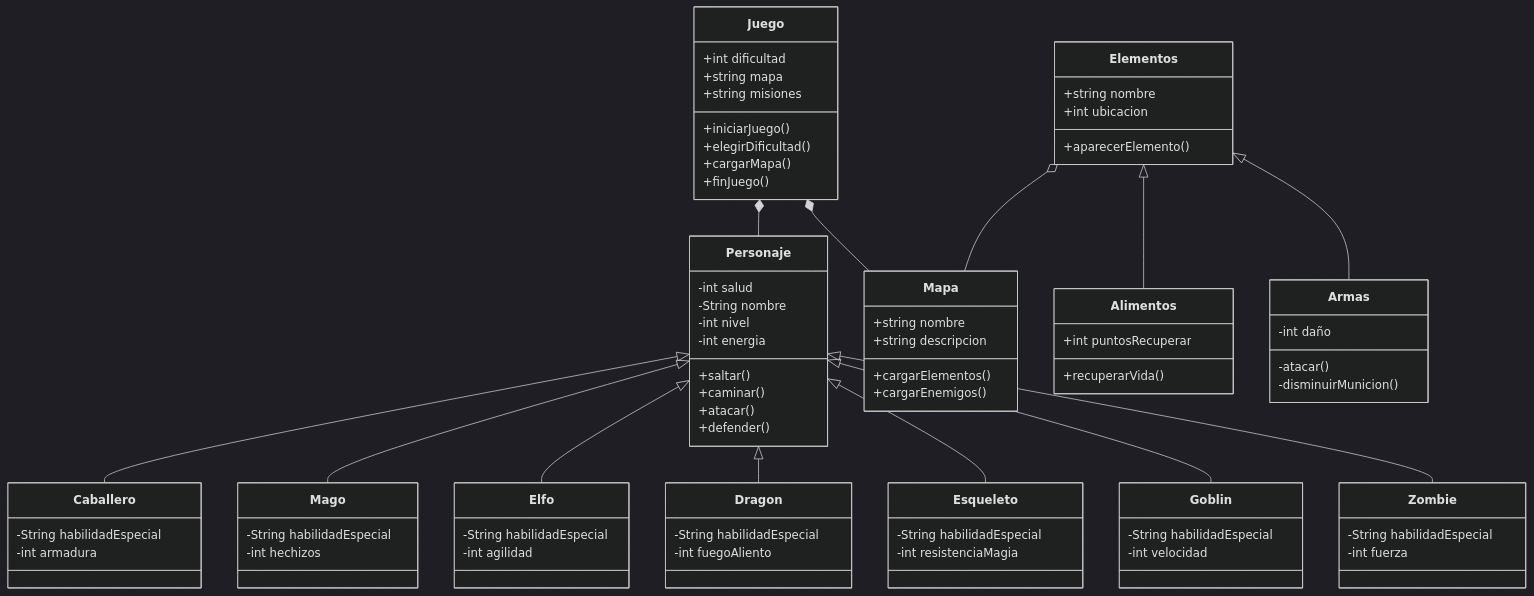
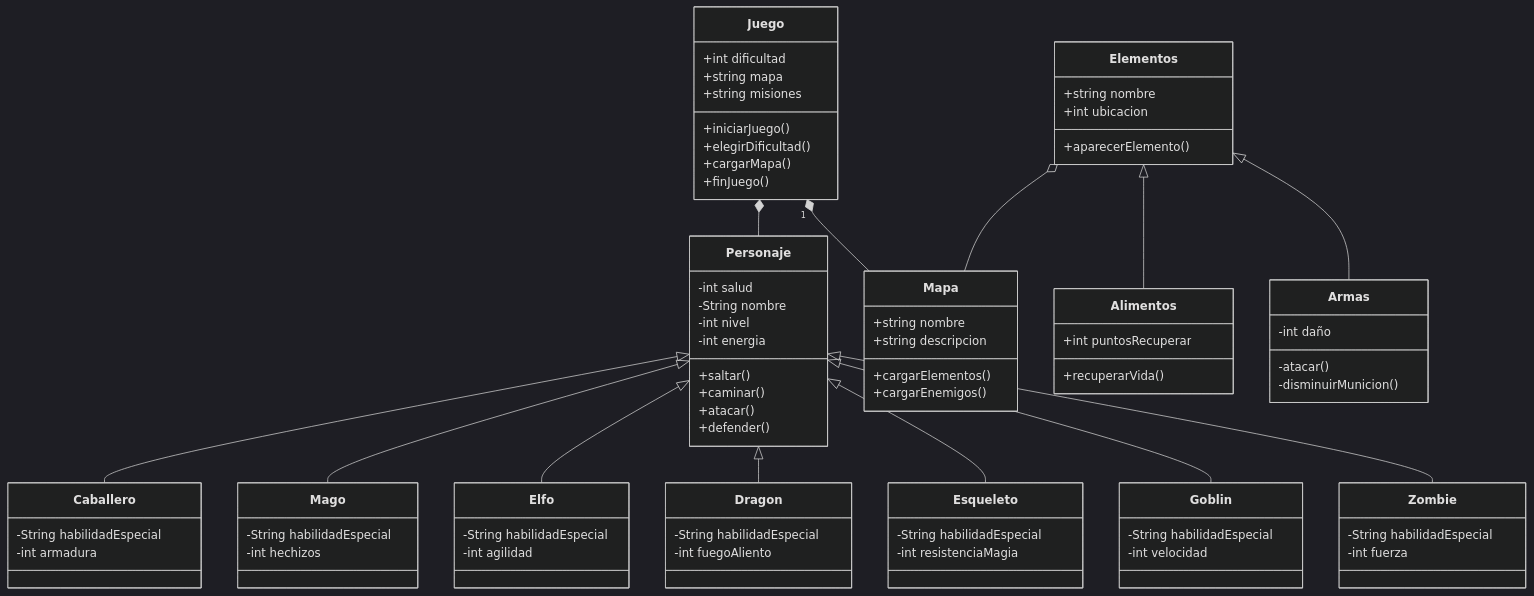
The diagram in README.md (luciacfreire/Fantasy-Quest), drawn with Mermaid (dark theme) before and after one commit.

````diff
--- a/README.md
+++ b/README.md
@@ -7,75 +7,75 @@
 ```mermaid
 classDiagram
     Personaje <|-- Caballero
     Personaje <|-- Mago
     Personaje <|-- Elfo
     Personaje <|-- Dragon
     Personaje <|-- Esqueleto
     Personaje <|-- Goblin
     Personaje <|-- Zombie
     Personaje : -int salud
     Personaje : -String nombre
     Personaje: -int nivel
     Personaje: -int energia
     Personaje : +saltar()
     Personaje : +caminar()
     Personaje : +atacar()
     Personaje : +defender()
     Juego *-- Personaje
     Juego : +int dificultad
     Juego : +string mapa
     Juego : +string misiones
     Juego : +iniciarJuego()
     Juego : +elegirDificultad()
     Juego : +cargarMapa()
     Juego : +finJuego()
-    Juego  *-- Mapa
+    Juego "1" *-- Mapa
     Mapa : +string nombre
     Mapa : +string descripcion
     Mapa : +cargarElementos()
     Mapa : +cargarEnemigos()
     Elementos o-- Mapa
     Elementos : +string nombre
     Elementos : +int ubicacion 
     Elementos : +aparecerElemento()
     Elementos <|-- Alimentos
     Elementos <|-- Armas
     class Alimentos {
     +int puntosRecuperar
     +recuperarVida()   
     }
     class Armas{
     -int daño
     -atacar()
     -disminuirMunicion()
     }
     class Caballero{
       -String habilidadEspecial
       -int armadura
     }
     class Mago{
       -String habilidadEspecial
       -int hechizos
     }
     class Elfo{
       -String habilidadEspecial
       -int agilidad
     }
     class Dragon{
       -String habilidadEspecial
       -int fuegoAliento
     }
     class Esqueleto{
       -String habilidadEspecial
       -int resistenciaMagia
     }
     class Goblin{
       -String habilidadEspecial
       -int velocidad
     }
     class Zombie{
       -String habilidadEspecial
       -int fuerza
     }
 
 ```
````
